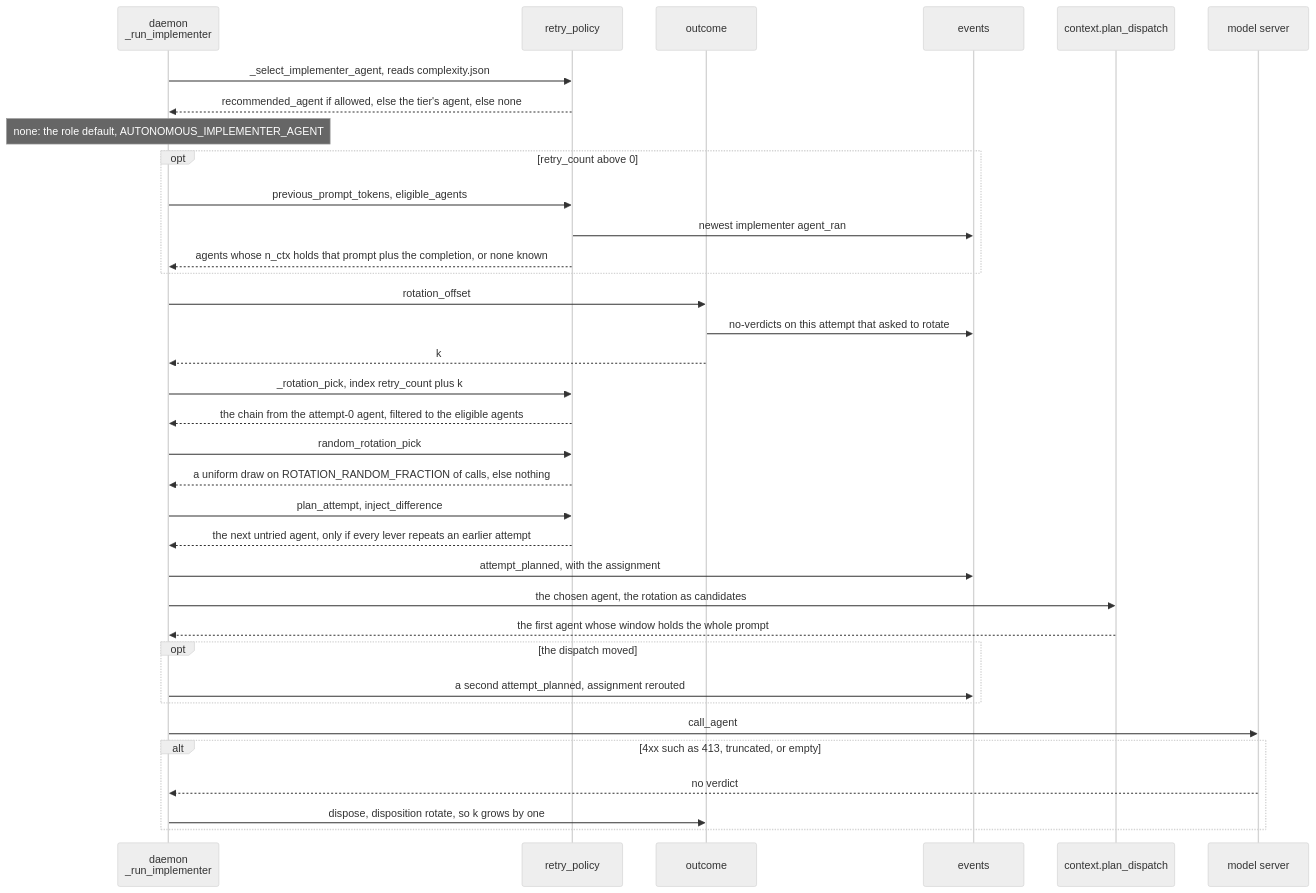
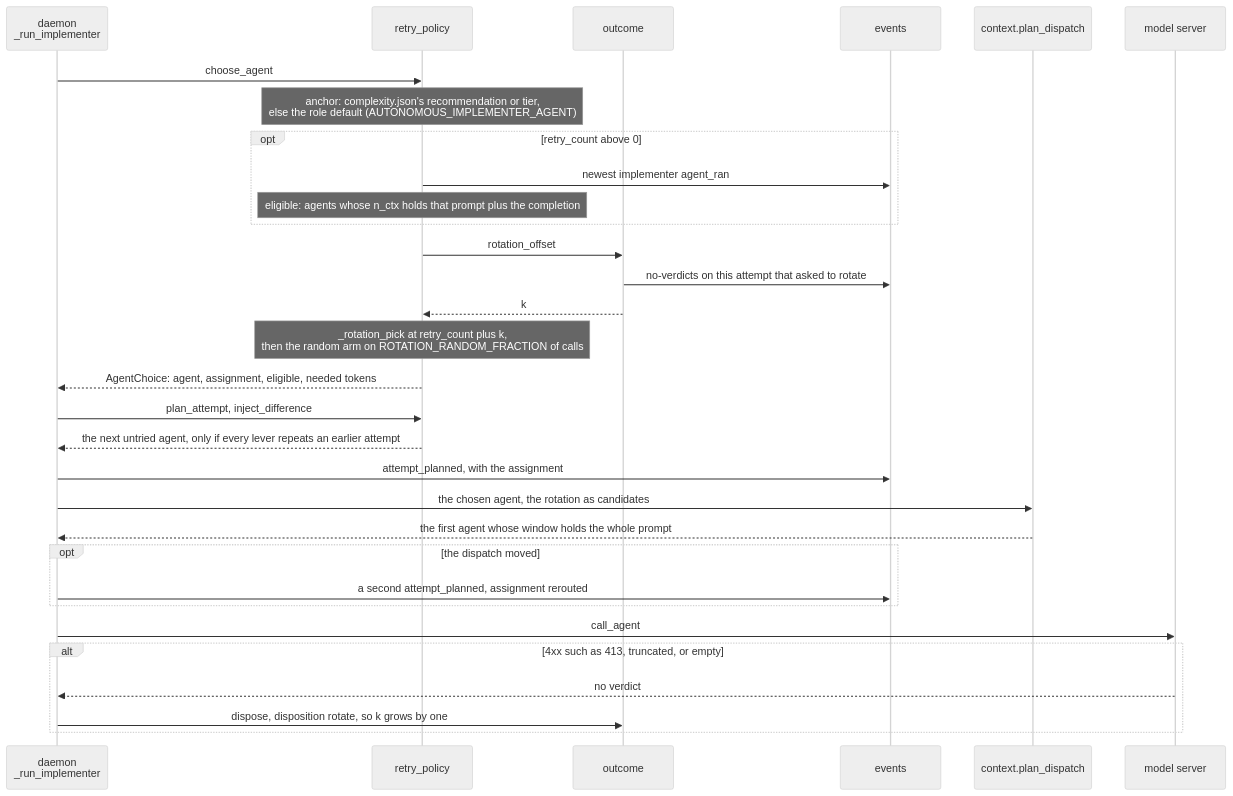
One commit to keithmerrilliv/coding-model-server changed the eighth of 8 diagrams in docs/PIPELINE.md. Above: the diagram before and after it, drawn with Mermaid (neutral theme). The commit also changed other lines of this file and 1 other file, not shown here.

First line of the commit message:
DEV-838: the maps describe the merged counters and choose_agent

````diff
--- a/docs/PIPELINE.md
+++ b/docs/PIPELINE.md
@@ -544,38 +542,34 @@
 ```mermaid
 sequenceDiagram
     participant D as daemon<br/>_run_implementer
     participant RP as retry_policy
     participant OC as outcome
     participant EV as events
     participant CX as context.plan_dispatch
     participant S as model server
 
-    D->>RP: _select_implementer_agent, reads complexity.json
-    RP-->>D: recommended_agent if allowed, else the tier's agent, else none
-    Note over D: none: the role default, AUTONOMOUS_IMPLEMENTER_AGENT
+    D->>RP: choose_agent
+    Note over RP: anchor: complexity.json's recommendation or tier,<br/>else the role default (AUTONOMOUS_IMPLEMENTER_AGENT)
     opt retry_count above 0
-        D->>RP: previous_prompt_tokens, eligible_agents
         RP->>EV: newest implementer agent_ran
-        RP-->>D: agents whose n_ctx holds that prompt plus the completion, or none known
+        Note over RP: eligible: agents whose n_ctx holds that prompt plus the completion
     end
-    D->>OC: rotation_offset
+    RP->>OC: rotation_offset
     OC->>EV: no-verdicts on this attempt that asked to rotate
-    OC-->>D: k
-    D->>RP: _rotation_pick, index retry_count plus k
-    RP-->>D: the chain from the attempt-0 agent, filtered to the eligible agents
-    D->>RP: random_rotation_pick
-    RP-->>D: a uniform draw on ROTATION_RANDOM_FRACTION of calls, else nothing
+    OC-->>RP: k
+    Note over RP: _rotation_pick at retry_count plus k,<br/>then the random arm on ROTATION_RANDOM_FRACTION of calls
+    RP-->>D: AgentChoice: agent, assignment, eligible, needed tokens
     D->>RP: plan_attempt, inject_difference
     RP-->>D: the next untried agent, only if every lever repeats an earlier attempt
     D->>EV: attempt_planned, with the assignment
     D->>CX: the chosen agent, the rotation as candidates
     CX-->>D: the first agent whose window holds the whole prompt
     opt the dispatch moved
         D->>EV: a second attempt_planned, assignment rerouted
     end
     D->>S: call_agent
     alt 4xx such as 413, truncated, or empty
         S-->>D: no verdict
         D->>OC: dispose, disposition rotate, so k grows by one
     end
 ```
````
